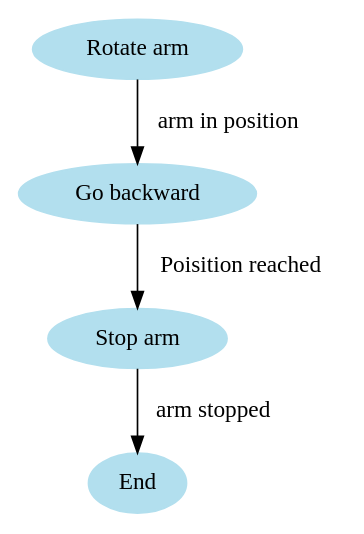
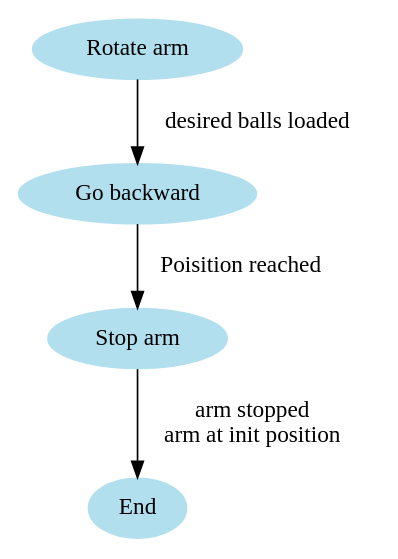
The diagram in digital/io/doc/loadBall.dot (oliv5/apbteam), drawn with Graphviz before and after one commit. The commit also changed 2 other files, not shown here.

```diff
--- a/digital/io/doc/loadBall.dot
+++ b/digital/io/doc/loadBall.dot
@@ -1,8 +1,8 @@
 /* IO.avr module. Charge balls Final State Machine */
 digraph loadBallFsm 
 {
 	node [color=lightblue2, style=filled];
-	"Rotate arm" -> "Go backward" [label = "arm in position"];
+	"Rotate arm" -> "Go backward" [label = "desired balls loaded"];
 	"Go backward" -> "Stop arm" [label = "Poisition reached"];
-	"Stop arm" -> End [label = "arm stopped"];
+	"Stop arm" -> End [label = "arm stopped\narm at init position"];
 }
```
